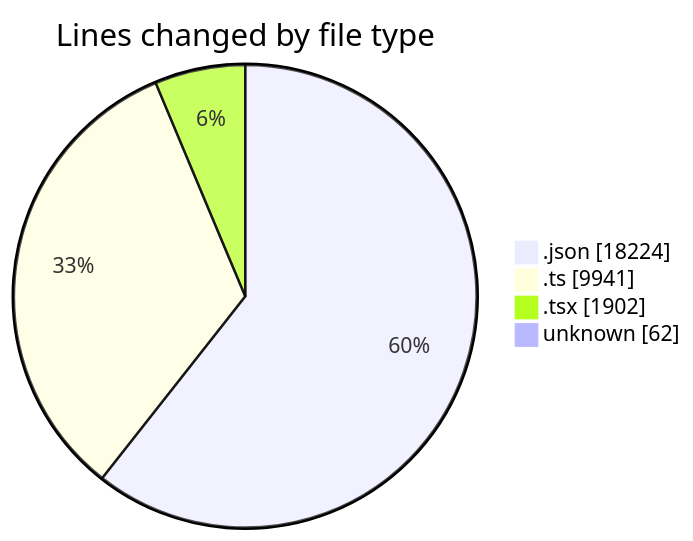
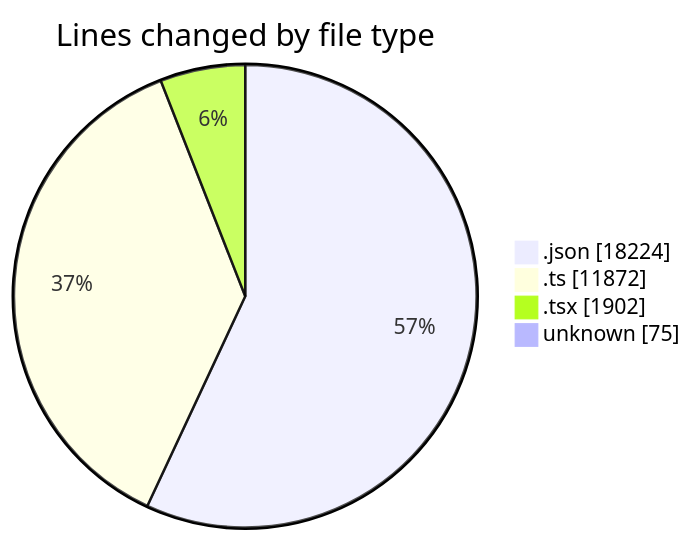
One commit to CELIANVF/code-tracking changed the first of 2 diagrams in 2025-05-09/ecodeli/README.md. Above: the diagram before and after it, drawn with Mermaid. The commit also changed other lines of this file and 1 other file, not shown here.

````diff
--- a/2025-05-09/ecodeli/README.md
+++ b/2025-05-09/ecodeli/README.md
@@ -36,8 +39,8 @@
 ```mermaid
 pie showData
 title Lines changed by file type
 ".json" : 18224
-".ts" : 9941
+".ts" : 11872
 ".tsx" : 1902
-"unknown" : 62
+"unknown" : 75
 ```
````
